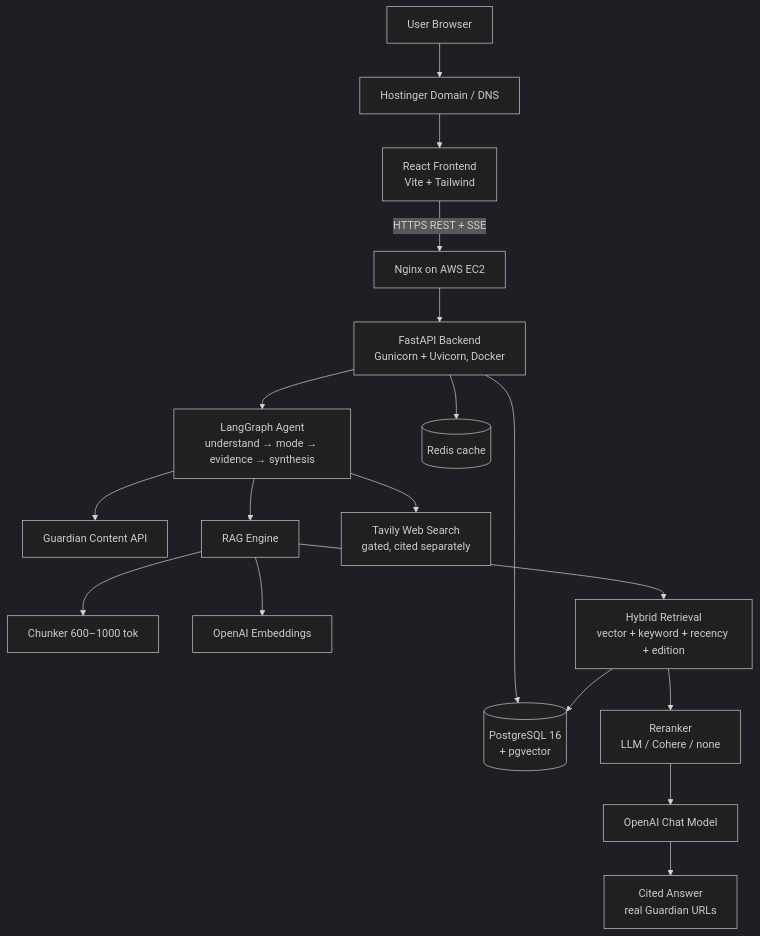
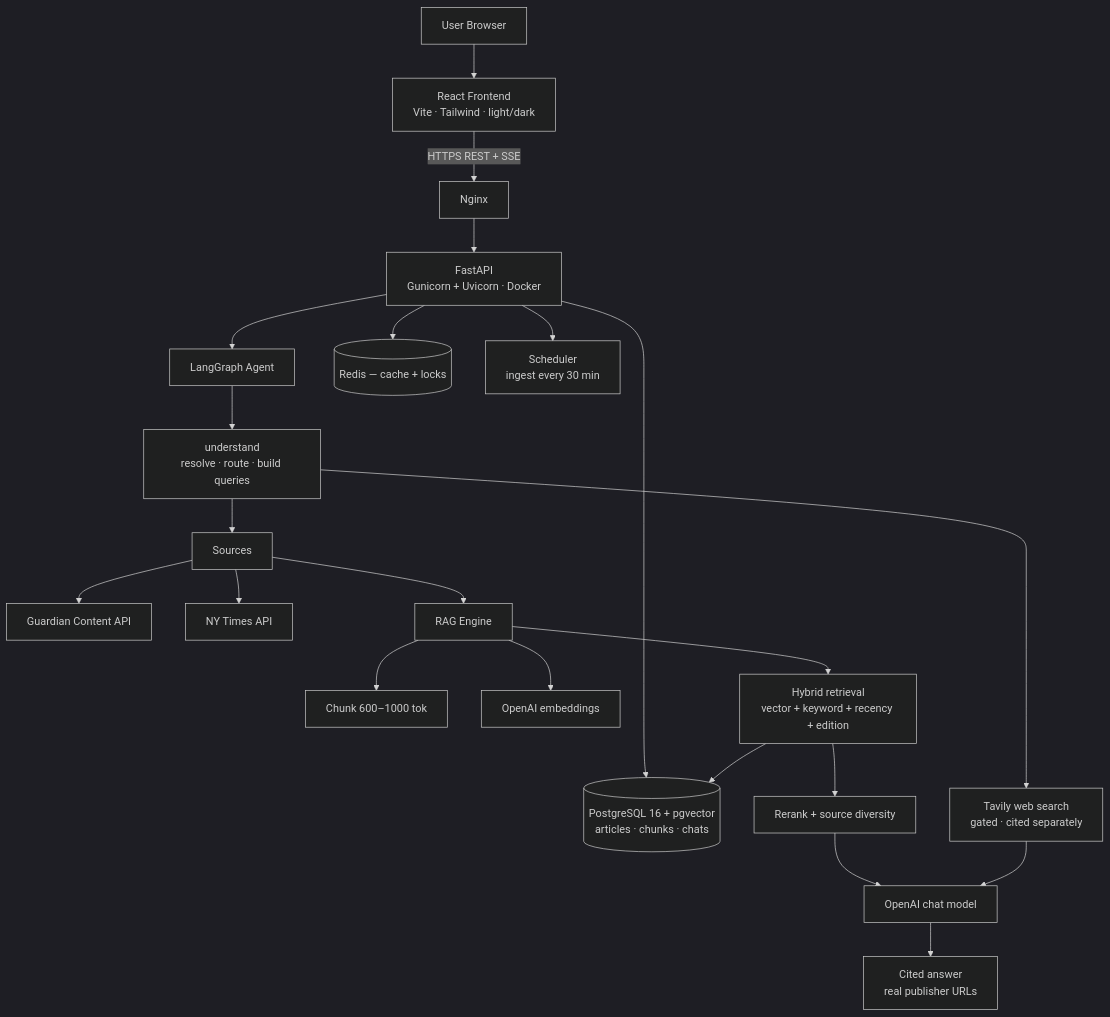
Before and after one commit to AJKumarReddy/Agentic-News-app: the diagram in README.md, drawn with Mermaid (dark theme). The commit also changed other lines of this file, not shown here.

````diff
--- a/README.md
+++ b/README.md
@@ -13,22 +27,27 @@
 ```mermaid
 flowchart TB
-    U[User Browser] --> H[Hostinger Domain / DNS]
-    H --> F[React Frontend<br/>Vite + Tailwind]
-    F -- HTTPS REST + SSE --> N[Nginx on AWS EC2]
-    N --> B[FastAPI Backend<br/>Gunicorn + Uvicorn, Docker]
+    U[User Browser] --> F[React Frontend<br/>Vite · Tailwind · light/dark]
+    F -- HTTPS REST + SSE --> N[Nginx]
+    N --> B[FastAPI<br/>Gunicorn + Uvicorn · Docker]
 
-    B --> AG[LangGraph Agent<br/>understand → mode → evidence → synthesis]
-    B --> PG[(PostgreSQL 16<br/>+ pgvector)]
-    B --> R[(Redis cache)]
+    B --> AG[LangGraph Agent]
+    B --> PG[(PostgreSQL 16 + pgvector<br/>articles · chunks · chats)]
+    B --> R[(Redis — cache + locks)]
+    B --> SCH[Scheduler<br/>ingest every 30 min]
 
-    AG --> G[Guardian Content API]
-    AG --> RAG[RAG Engine]
-    RAG --> CH[Chunker 600–1000 tok]
-    RAG --> EM[OpenAI Embeddings]
-    AG --> W[Tavily Web Search<br/>gated, cited separately]
-    RAG --> HY[Hybrid Retrieval<br/>vector + keyword + recency + edition]
+    AG --> UN[understand<br/>resolve · route · build queries]
+    UN --> SRC[Sources]
+    SRC --> G[Guardian Content API]
+    SRC --> NY[NY Times API]
+    UN --> WEB[Tavily web search<br/>gated · cited separately]
+
+    SRC --> RAG[RAG Engine]
+    RAG --> CH[Chunk 600–1000 tok]
+    RAG --> EM[OpenAI embeddings]
+    RAG --> HY[Hybrid retrieval<br/>vector + keyword + recency + edition]
     HY --> PG
-    HY --> RR[Reranker<br/>LLM / Cohere / none]
-    RR --> LLM[OpenAI Chat Model]
-    LLM --> C[Cited Answer<br/>real Guardian URLs]
+    HY --> RR[Rerank + source diversity]
+    RR --> LLM[OpenAI chat model]
+    WEB --> LLM
+    LLM --> C[Cited answer<br/>real publisher URLs]
 ```
````
